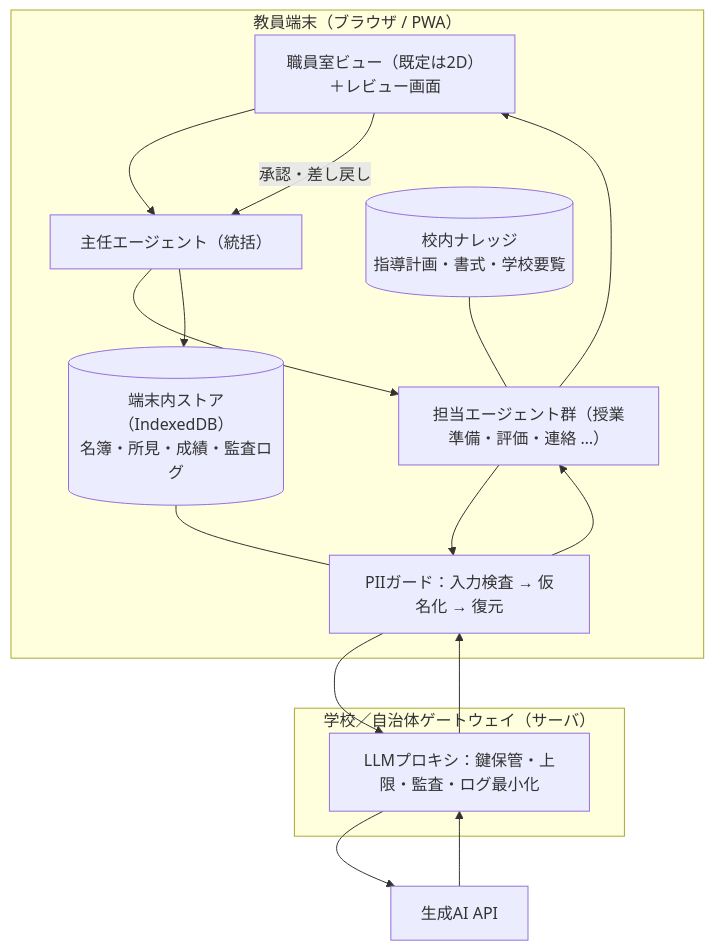
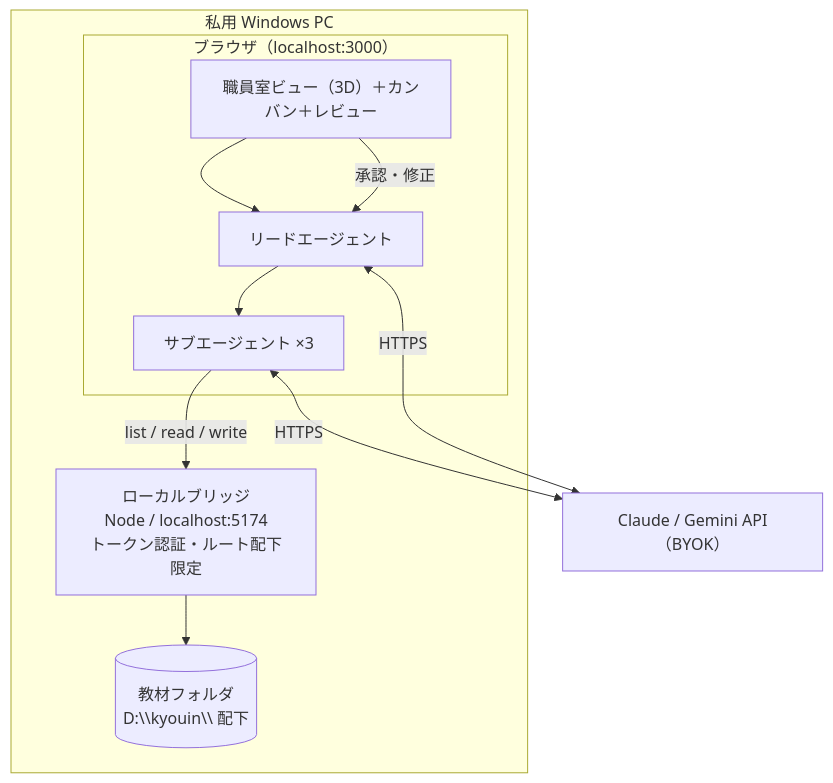
One commit to Enn1418/kyouin-daikou-black changed the diagram in docs/teacher-edition-design.md. Above: the diagram before and after it, drawn with Mermaid. The commit also changed other lines of this file, not shown here.

First line of the commit message:
docs: rework teacher-edition design for personal Windows PC use

````diff
--- a/docs/teacher-edition-design.md
+++ b/docs/teacher-edition-design.md
@@ -78,26 +74,20 @@
 ```mermaid
 flowchart TB
-  subgraph T["教員端末（ブラウザ / PWA）"]
-    UI["職員室ビュー（既定は2D）＋レビュー画面"]
-    ORCH["主任エージェント（統括）"]
-    SUB["担当エージェント群（授業準備・評価・連絡 …）"]
-    GUARD["PIIガード：入力検査 → 仮名化 → 復元"]
-    VAULT[("端末内ストア（IndexedDB）\n名簿・所見・成績・監査ログ")]
-    KB[("校内ナレッジ\n指導計画・書式・学校要覧")]
+  subgraph PC["私用 Windows PC"]
+    subgraph B["ブラウザ（localhost:3000）"]
+      UI["職員室ビュー（3D）＋カンバン＋レビュー"]
+      LEAD["リードエージェント"]
+      SUB["サブエージェント ×3"]
+    end
+    BRIDGE["ローカルブリッジ\nNode / localhost:5174\nトークン認証・ルート配下限定"]
+    FOLDER[("教材フォルダ\nD:\\kyouin\\ 配下")]
   end
 
-  subgraph G["学校／自治体ゲートウェイ（サーバ）"]
-    PROXY["LLMプロキシ：鍵保管・上限・監査・ログ最小化"]
-  end
+  LLM["Claude / Gemini API（BYOK）"]
 
-  LLM["生成AI API"]
-
-  UI --> ORCH --> SUB
-  SUB --> GUARD --> PROXY --> LLM
-  LLM --> PROXY --> GUARD --> SUB
-  SUB --> UI
-  VAULT --- GUARD
-  KB --- SUB
-  UI -->|承認・差し戻し| ORCH
-  ORCH --> VAULT
+  UI --> LEAD --> SUB
+  SUB -->|"list / read / write"| BRIDGE --> FOLDER
+  LEAD <-->|HTTPS| LLM
+  SUB <-->|HTTPS| LLM
+  UI -->|承認・修正| LEAD
 ```
````
